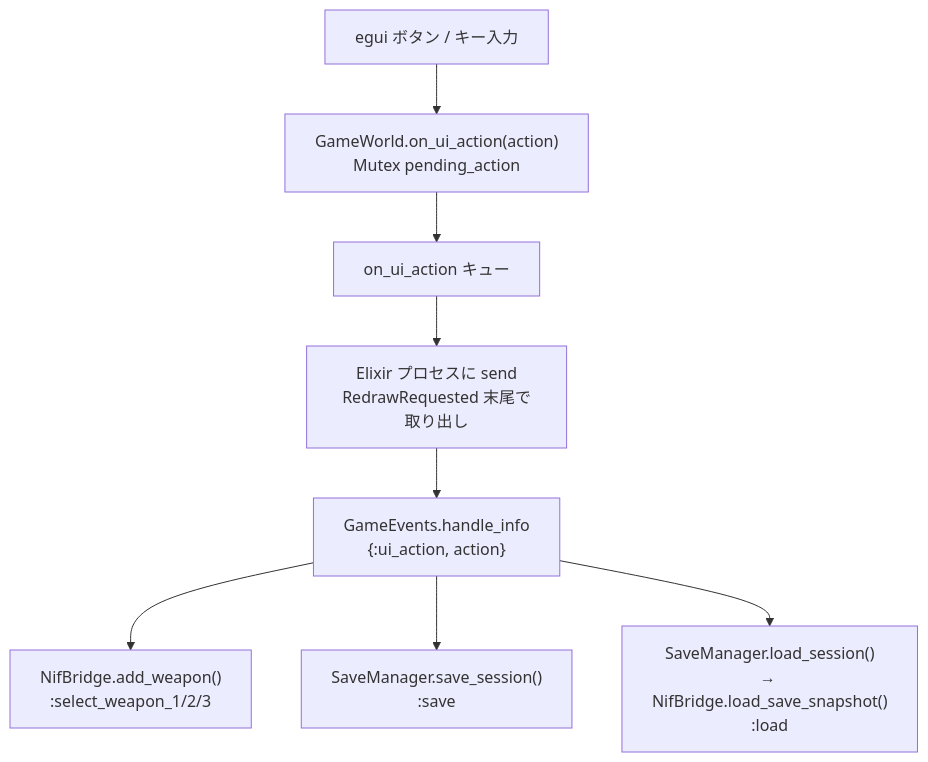
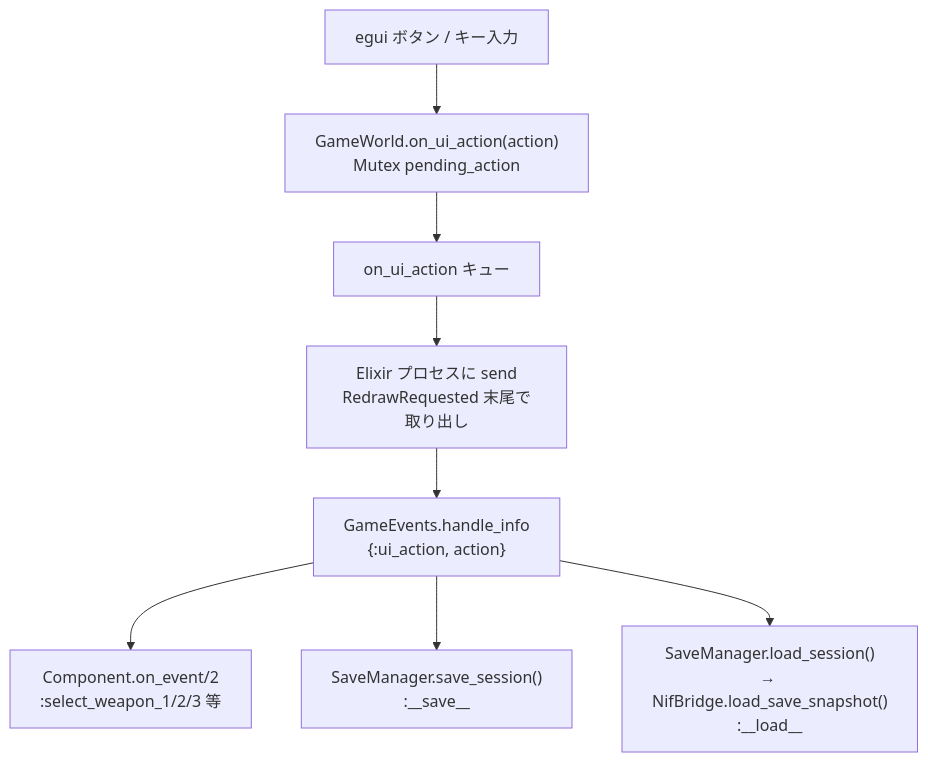
One commit to FRICK-ELDY/alchemy-engine changed the sixth of 12 diagrams in docs/data-flow.md. Above: the diagram before and after it, drawn with Mermaid. The commit also changed other lines of this file and 4 other files, not shown here.

````diff
--- a/docs/data-flow.md
+++ b/docs/data-flow.md
@@ -149,16 +147,16 @@
 ```mermaid
 flowchart TD
     UI[egui ボタン / キー入力]
     OUA["GameWorld.on_ui_action(action)\nMutex pending_action"]
     Q[on_ui_action キュー]
     SEND["Elixir プロセスに send\nRedrawRequested 末尾で取り出し"]
     GEV["GameEvents.handle_info\n{:ui_action, action}"]
-    W1["NifBridge.add_weapon()\n:select_weapon_1/2/3"]
-    W2["SaveManager.save_session()\n:save"]
-    W3["SaveManager.load_session()\n→ NifBridge.load_save_snapshot()\n:load"]
+    W1["Component.on_event/2\n:select_weapon_1/2/3 等"]
+    W2["SaveManager.save_session()\n:__save__"]
+    W3["SaveManager.load_session()\n→ NifBridge.load_save_snapshot()\n:__load__"]
 
     UI --> OUA --> Q --> SEND --> GEV
     GEV --> W1
     GEV --> W2
     GEV --> W3
 ```
````
